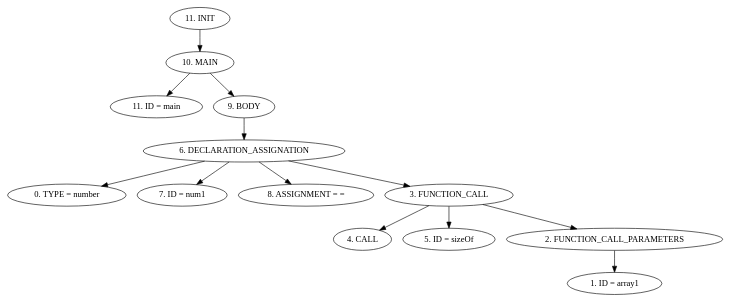
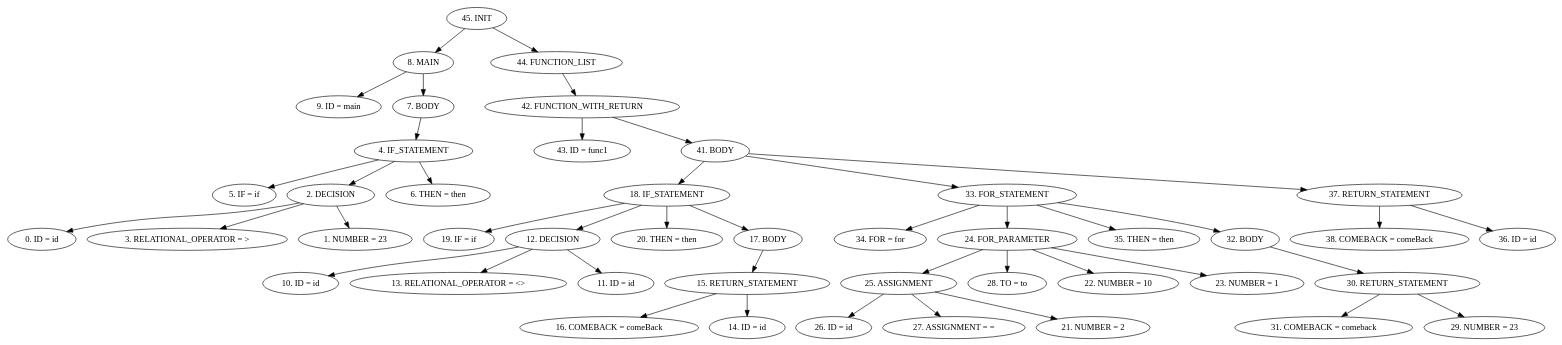
The diagram in src/AST/AST.dot (Carlosvhz/compiladores_proyecto), drawn with Graphviz before and after one commit. The commit also changed 4 other files, not shown here.

```diff
--- a/src/AST/AST.dot
+++ b/src/AST/AST.dot
@@ -1,16 +1,47 @@
 digraph G {
-"11. INIT"->"10. MAIN"
-"10. MAIN"->"11. ID = main"
-"10. MAIN"->"9. BODY"
-"9. BODY"->"6. DECLARATION_ASSIGNATION"
-"6. DECLARATION_ASSIGNATION"->"0. TYPE = number"
-"6. DECLARATION_ASSIGNATION"->"7. ID = num1"
-"6. DECLARATION_ASSIGNATION"->"8. ASSIGNMENT = ="
-"6. DECLARATION_ASSIGNATION"->"3. FUNCTION_CALL"
-"3. FUNCTION_CALL"->"4. CALL"
-"3. FUNCTION_CALL"->"5. ID = sizeOf"
-"3. FUNCTION_CALL"->"2. FUNCTION_CALL_PARAMETERS"
-"2. FUNCTION_CALL_PARAMETERS"->"1. ID = array1"
+"45. INIT"->"8. MAIN"
+"8. MAIN"->"9. ID = main"
+"8. MAIN"->"7. BODY"
+"7. BODY"->"4. IF_STATEMENT"
+"4. IF_STATEMENT"->"5. IF = if"
+"4. IF_STATEMENT"->"2. DECISION"
+"2. DECISION"->"0. ID = id"
+"2. DECISION"->"3. RELATIONAL_OPERATOR = >"
+"2. DECISION"->"1. NUMBER = 23"
+"4. IF_STATEMENT"->"6. THEN = then"
+"45. INIT"->"44. FUNCTION_LIST"
+"44. FUNCTION_LIST"->"42. FUNCTION_WITH_RETURN"
+"42. FUNCTION_WITH_RETURN"->"43. ID = func1"
+"42. FUNCTION_WITH_RETURN"->"41. BODY"
+"41. BODY"->"18. IF_STATEMENT"
+"18. IF_STATEMENT"->"19. IF = if"
+"18. IF_STATEMENT"->"12. DECISION"
+"12. DECISION"->"10. ID = id"
+"12. DECISION"->"13. RELATIONAL_OPERATOR = <>"
+"12. DECISION"->"11. ID = id"
+"18. IF_STATEMENT"->"20. THEN = then"
+"18. IF_STATEMENT"->"17. BODY"
+"17. BODY"->"15. RETURN_STATEMENT"
+"15. RETURN_STATEMENT"->"16. COMEBACK = comeBack"
+"15. RETURN_STATEMENT"->"14. ID = id"
+"41. BODY"->"33. FOR_STATEMENT"
+"33. FOR_STATEMENT"->"34. FOR = for"
+"33. FOR_STATEMENT"->"24. FOR_PARAMETER"
+"24. FOR_PARAMETER"->"25. ASSIGNMENT"
+"25. ASSIGNMENT"->"26. ID = id"
+"25. ASSIGNMENT"->"27. ASSIGNMENT = ="
+"25. ASSIGNMENT"->"21. NUMBER = 2"
+"24. FOR_PARAMETER"->"28. TO = to"
+"24. FOR_PARAMETER"->"22. NUMBER = 10"
+"24. FOR_PARAMETER"->"23. NUMBER = 1"
+"33. FOR_STATEMENT"->"35. THEN = then"
+"33. FOR_STATEMENT"->"32. BODY"
+"32. BODY"->"30. RETURN_STATEMENT"
+"30. RETURN_STATEMENT"->"31. COMEBACK = comeback"
+"30. RETURN_STATEMENT"->"29. NUMBER = 23"
+"41. BODY"->"37. RETURN_STATEMENT"
+"37. RETURN_STATEMENT"->"38. COMEBACK = comeBack"
+"37. RETURN_STATEMENT"->"36. ID = id"
 
 
 }
```
